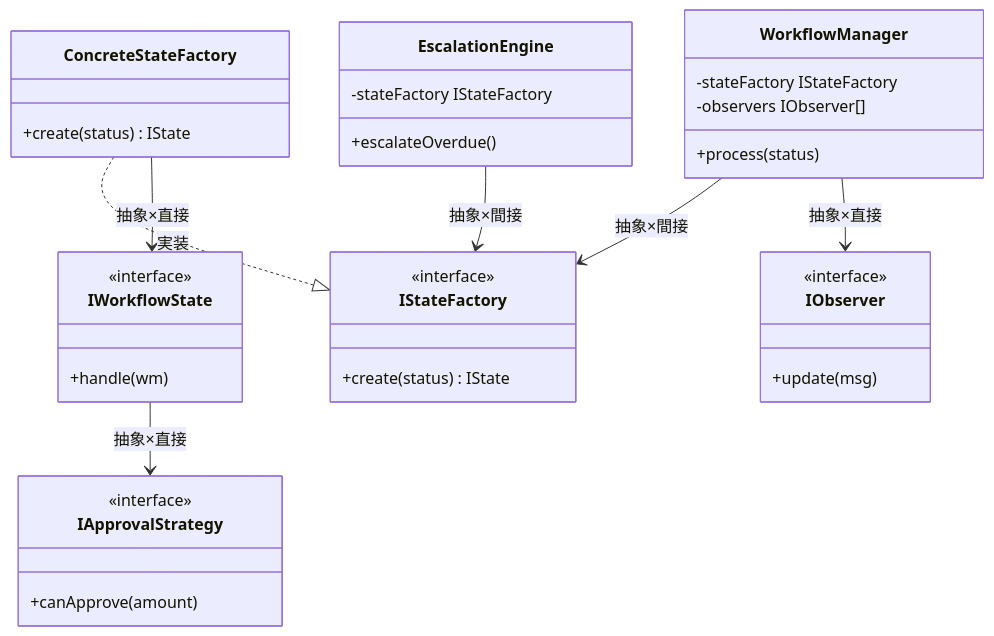
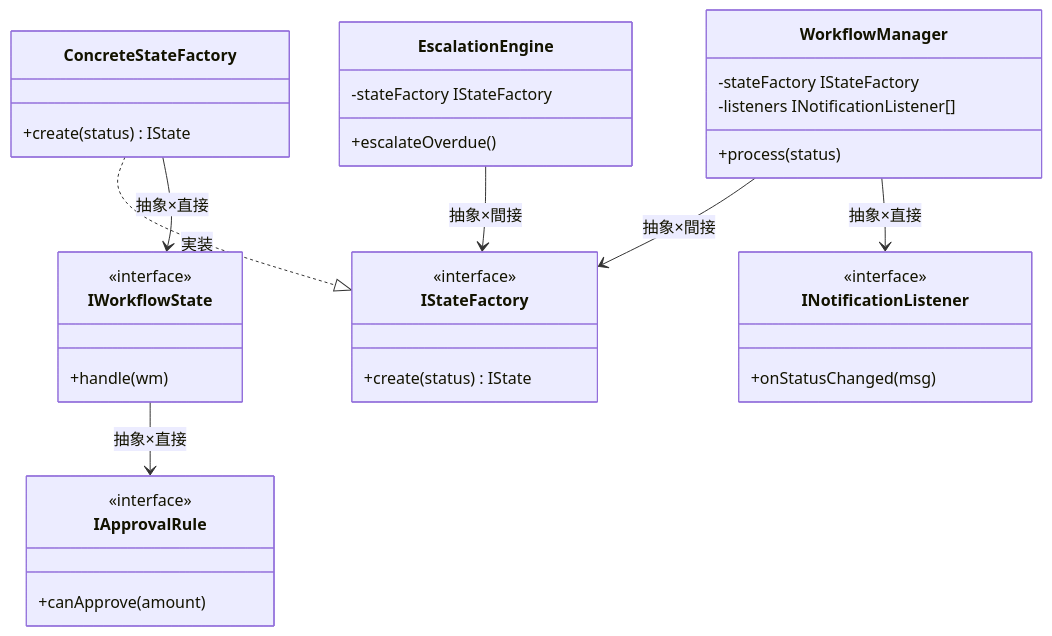
The tenth of 14 diagrams in kindle/design-patterns/output/chapter12.md (kumachan1101-pixel/DesignPattern), drawn with Mermaid before and after one commit. The commit also changed other lines of this file and 2 other files, not shown here.

````diff
--- a/kindle/design-patterns/output/chapter12.md
+++ b/kindle/design-patterns/output/chapter12.md
@@ -966,37 +906,37 @@
 ```mermaid
 classDiagram
     class IStateFactory {
         <<interface>>
         +create(status) IState
     }
     class IWorkflowState {
         <<interface>>
         +handle(wm)
     }
-    class IApprovalStrategy {
+    class IApprovalRule {
         <<interface>>
         +canApprove(amount)
     }
-    class IObserver {
+    class INotificationListener {
         <<interface>>
-        +update(msg)
+        +onStatusChanged(msg)
     }
     class WorkflowManager {
         -stateFactory IStateFactory
-        -observers IObserver[]
+        -listeners INotificationListener[]
         +process(status)
     }
     class EscalationEngine {
         -stateFactory IStateFactory
         +escalateOverdue()
     }
     class ConcreteStateFactory {
         +create(status) IState
     }
     ConcreteStateFactory ..|> IStateFactory : 実装
     WorkflowManager --> IStateFactory : 抽象×間接
-    WorkflowManager --> IObserver : 抽象×直接
+    WorkflowManager --> INotificationListener : 抽象×直接
     EscalationEngine --> IStateFactory : 抽象×間接
     ConcreteStateFactory --> IWorkflowState : 抽象×直接
-    IWorkflowState --> IApprovalStrategy : 抽象×直接
+    IWorkflowState --> IApprovalRule : 抽象×直接
 ```
````
